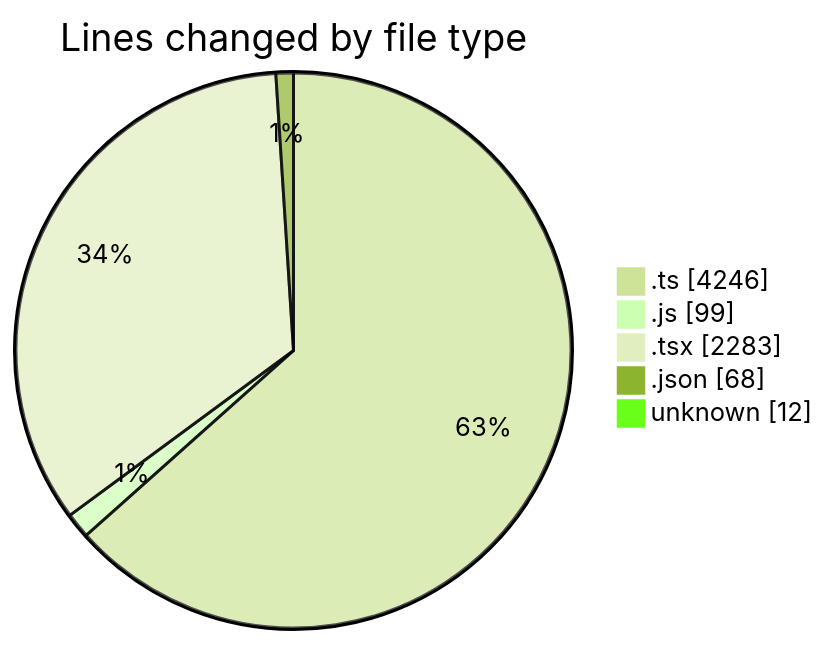
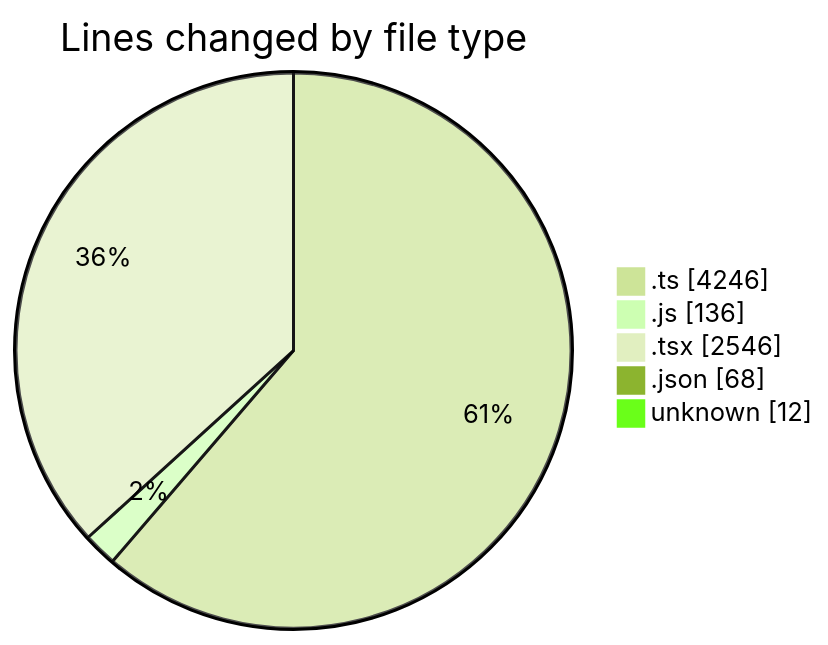
The first of 2 diagrams in 2026-09-14/cda/README.md (momahboobian/code-tracking), drawn with Mermaid (forest theme) before and after one commit. The commit also changed other lines of this file and 1 other file, not shown here.

````diff
--- a/2026-09-14/cda/README.md
+++ b/2026-09-14/cda/README.md
@@ -48,9 +49,9 @@
 ```mermaid
 pie showData
 title Lines changed by file type
 ".ts" : 4246
-".js" : 99
-".tsx" : 2283
+".js" : 136
+".tsx" : 2546
 ".json" : 68
 "unknown" : 12
 ```
````
